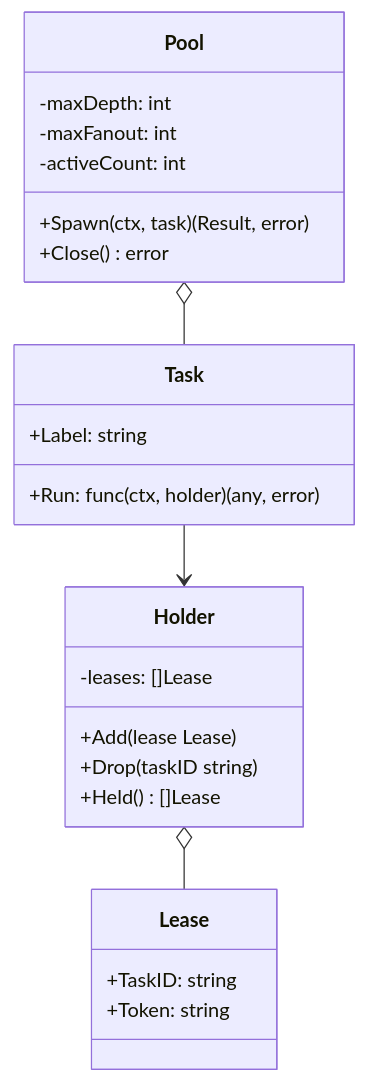
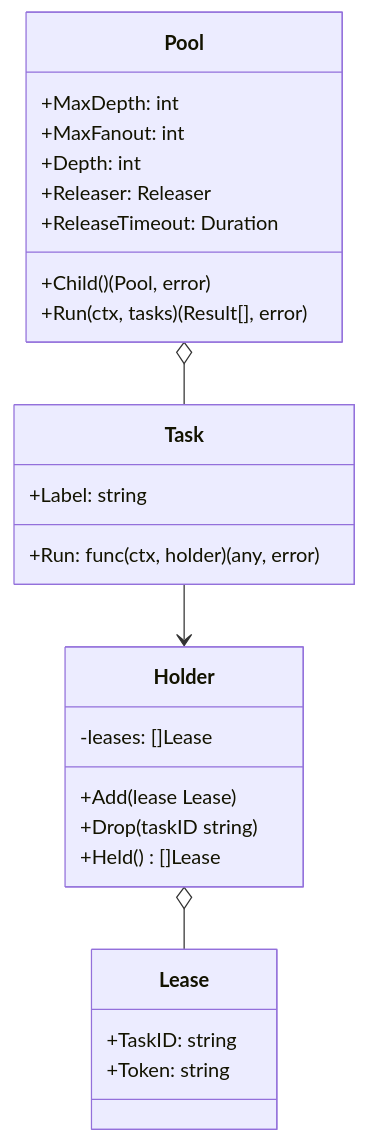
Before and after one commit to bharathvbcr/Manvi: the fourth of 6 diagrams in docs/AGENT_AND_TURN_LIFECYCLE.md, drawn with Mermaid. The commit also changed other lines of this file and 9 other files, not shown here.

First line of the commit message:
Gate the diagrams with the real grammar, and preregister the rerun

````diff
--- a/docs/AGENT_AND_TURN_LIFECYCLE.md
+++ b/docs/AGENT_AND_TURN_LIFECYCLE.md
@@ -143,31 +165,33 @@
 ```mermaid
 classDiagram
     class Pool {
-        -maxDepth: int
-        -maxFanout: int
-        -activeCount: int
-        +Spawn(ctx, task) (Result, error)
-        +Close() error
+        +MaxDepth: int
+        +MaxFanout: int
+        +Depth: int
+        +Releaser: Releaser
+        +ReleaseTimeout: Duration
+        +Child() (Pool, error)
+        +Run(ctx, tasks) (Result[], error)
     }
 
     class Holder {
         -leases: []Lease
         +Add(lease Lease)
         +Drop(taskID string)
         +Held() []Lease
     }
 
     class Task {
         +Label: string
         +Run: func(ctx, holder) (any, error)
     }
 
     class Lease {
         +TaskID: string
         +Token: string
     }
 
     Pool o-- Task
     Task --> Holder
     Holder o-- Lease
 ```
````
